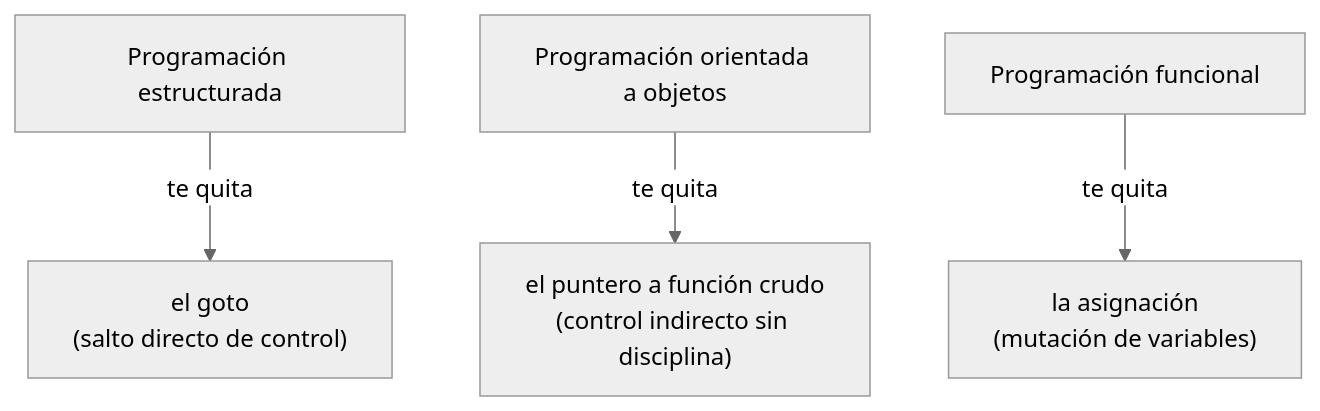
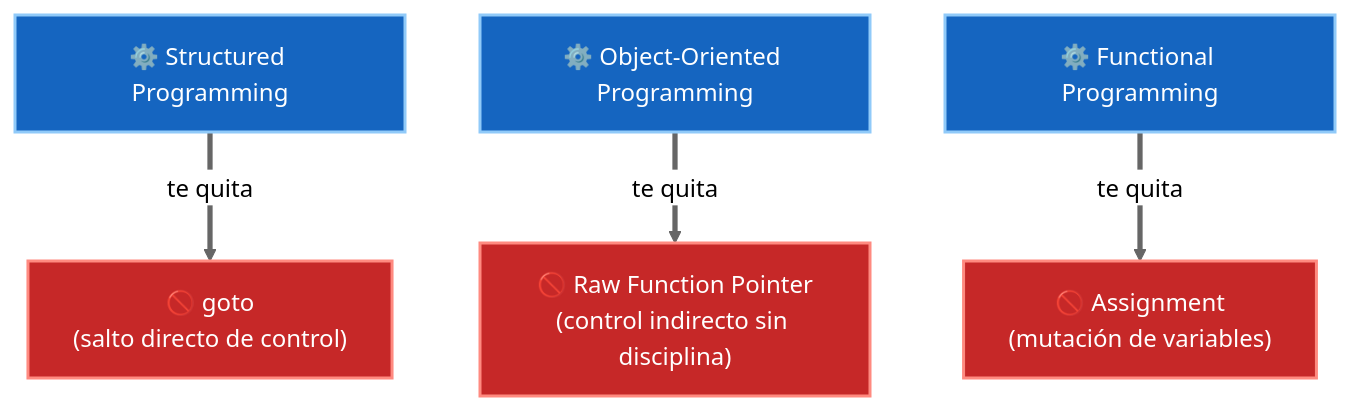
One commit to JavierMachucaA/clean-architecture-guia changed the first of 3 diagrams in 02-paradigmas-de-programacion/04-por-que-quitan-capacidades.md. Above: the diagram before and after it, drawn with Mermaid (neutral theme). The commit also changed other lines of this file and 45 other files, not shown here.

````diff
--- a/02-paradigmas-de-programacion/04-por-que-quitan-capacidades.md
+++ b/02-paradigmas-de-programacion/04-por-que-quitan-capacidades.md
@@ -7,6 +7,13 @@
 ```mermaid
 flowchart TD
-    E["Programación estructurada"] -->|te quita| E1["el goto<br/>(salto directo de control)"]
-    O["Programación orientada a objetos"] -->|te quita| O1["el puntero a función crudo<br/>(control indirecto sin disciplina)"]
-    F["Programación funcional"] -->|te quita| F1["la asignación<br/>(mutación de variables)"]
+    E["⚙️ Structured Programming"] ==>|te quita| E1["🚫 goto<br/>(salto directo de control)"]
+    O["⚙️ Object-Oriented Programming"] ==>|te quita| O1["🚫 Raw Function Pointer<br/>(control indirecto sin disciplina)"]
+    F["⚙️ Functional Programming"] ==>|te quita| F1["🚫 Assignment<br/>(mutación de variables)"]
+
+    style E fill:#1565c0,stroke:#90caf9,color:#fff,stroke-width:2px
+    style O fill:#1565c0,stroke:#90caf9,color:#fff,stroke-width:2px
+    style F fill:#1565c0,stroke:#90caf9,color:#fff,stroke-width:2px
+    style E1 fill:#c62828,stroke:#ff8a80,color:#fff,stroke-width:2px
+    style O1 fill:#c62828,stroke:#ff8a80,color:#fff,stroke-width:2px
+    style F1 fill:#c62828,stroke:#ff8a80,color:#fff,stroke-width:2px
 ```
````
